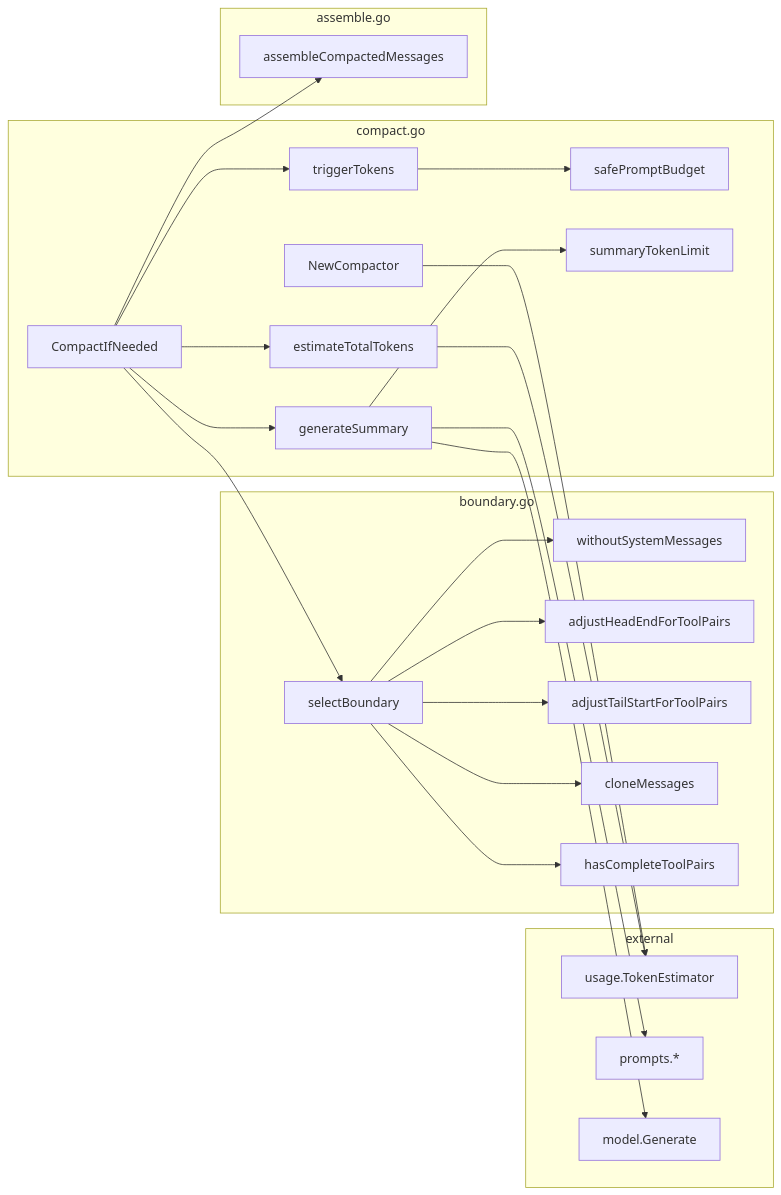
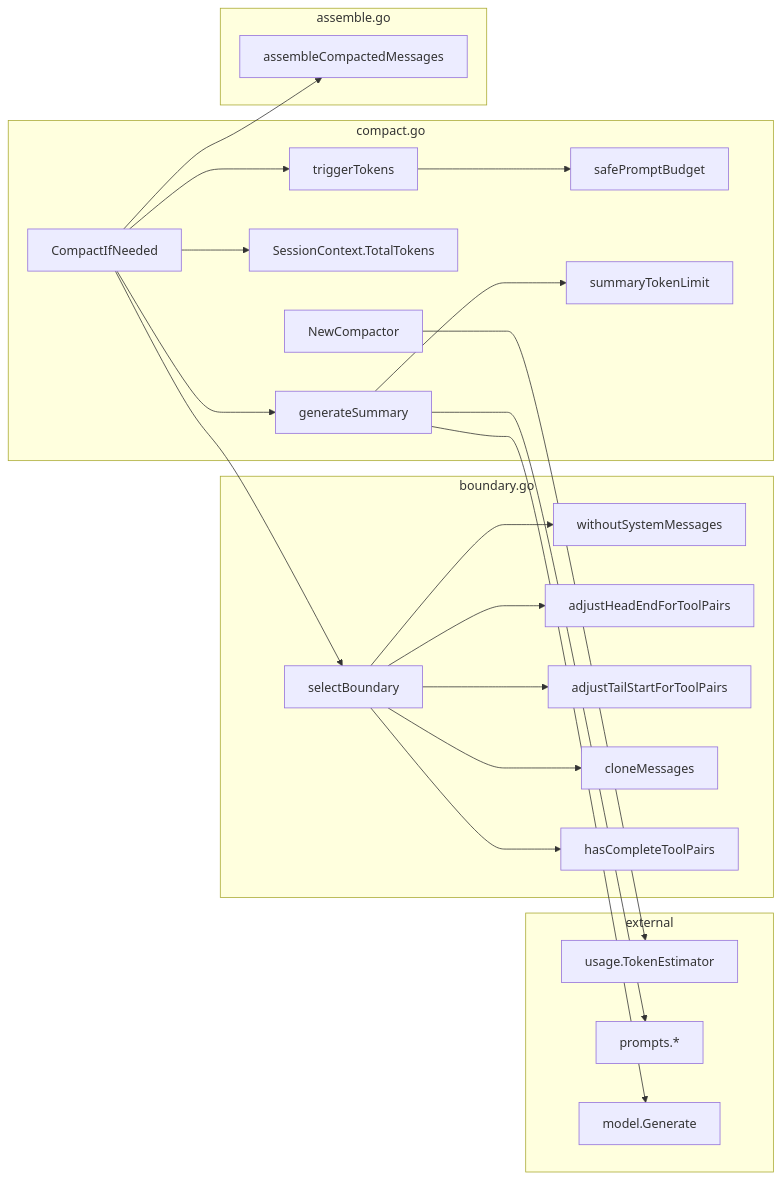
One commit to HappyLadySauce/HappyLadySauceCLI changed the second of 2 diagrams in internal/context/compact/README.md. Above: the diagram before and after it, drawn with Mermaid. The commit also changed other lines of this file and 25 other files, not shown here.

First line of the commit message:
Refactor context compaction mechanism to utilize session total for triggering

````diff
--- a/internal/context/compact/README.md
+++ b/internal/context/compact/README.md
@@ -110,46 +99,46 @@
 ```mermaid
 flowchart LR
     subgraph compact.go
         NC[NewCompactor]
         CIN[CompactIfNeeded]
-        ETT[estimateTotalTokens]
+        ST[SessionContext.TotalTokens]
         TT[triggerTokens]
         SPB[safePromptBudget]
         STL[summaryTokenLimit]
         GS[generateSummary]
     end
 
     subgraph boundary.go
         SB[selectBoundary]
         WSM[withoutSystemMessages]
         AHE[adjustHeadEndForToolPairs]
         ATS[adjustTailStartForToolPairs]
         CM[cloneMessages]
         HCTP[hasCompleteToolPairs]
     end
 
     subgraph assemble.go
         ACM[assembleCompactedMessages]
     end
 
     subgraph external
         TE[usage.TokenEstimator]
         PR[prompts.*]
         MD[model.Generate]
     end
 
     NC --> TE
-    CIN --> ETT --> TE
+    CIN --> ST
     CIN --> TT --> SPB
     CIN --> SB
     CIN --> GS --> STL
     GS --> PR
     GS --> MD
     CIN --> ACM
 
     SB --> WSM
     SB --> AHE
     SB --> ATS
     SB --> CM
     SB --> HCTP
 ```
````
